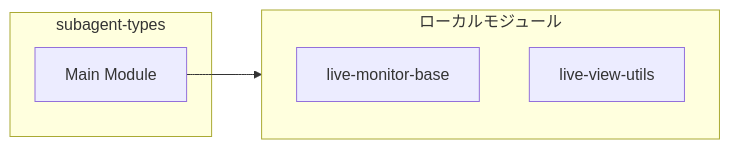
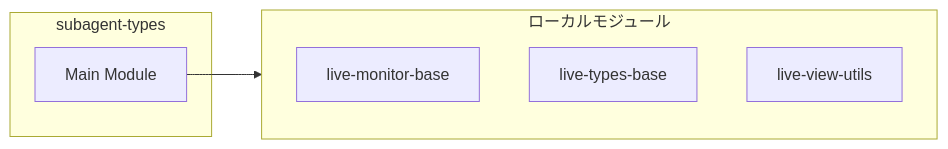
The second of 2 diagrams in ABDD/.pi/lib/subagent-types.md (Mekann2904/mekann), drawn with Mermaid before and after one commit. The commit also changed other lines of this file and 205 other files, not shown here.

````diff
--- a/ABDD/.pi/lib/subagent-types.md
+++ b/ABDD/.pi/lib/subagent-types.md
@@ -99,11 +99,12 @@
 ```mermaid
 flowchart LR
   subgraph this[subagent-types]
     main[Main Module]
   end
   subgraph local[ローカルモジュール]
     live_monitor_base["live-monitor-base"]
+    live_types_base["live-types-base"]
     live_view_utils["live-view-utils"]
   end
   main --> local
 ```
````
